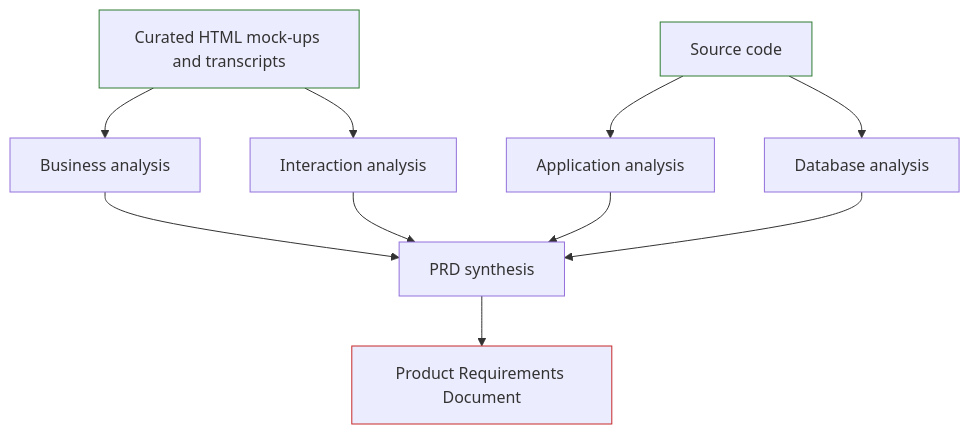
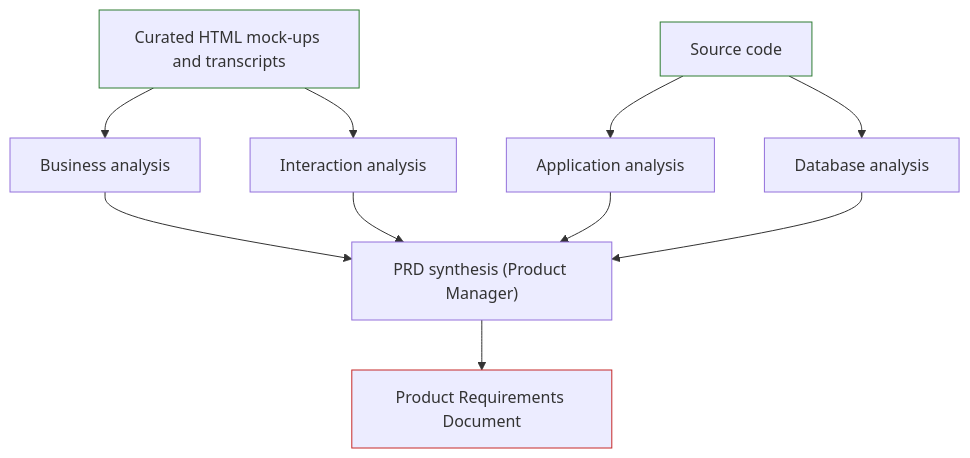
The second of 2 diagrams in src/pages/modernisation-playbook/reverse-engineering/process.md (DEFRA/lap-blueprint-dev), drawn with Mermaid before and after one commit. The commit also changed other lines of this file and 47 other files, not shown here.

````diff
--- a/src/pages/modernisation-playbook/reverse-engineering/process.md
+++ b/src/pages/modernisation-playbook/reverse-engineering/process.md
@@ -97,26 +99,26 @@
 ```mermaid
 flowchart TD
 	CuratedContent["Curated HTML mock-ups and transcripts"]
 	SourceCode["Source code"]
 	BusinessAnalysis["Business analysis"]
 	InteractionAnalysis["Interaction analysis"]
 	ApplicationAnalysis["Application analysis"]
 	DatabaseAnalysis["Database analysis"]
-	Synthesis["PRD synthesis"]
+	Synthesis["PRD synthesis (Product Manager)"]
 	PRD["Product Requirements Document"]
 
 	CuratedContent --> BusinessAnalysis
 	CuratedContent --> InteractionAnalysis
 	SourceCode --> ApplicationAnalysis
 	SourceCode --> DatabaseAnalysis
 	BusinessAnalysis --> Synthesis
 	InteractionAnalysis --> Synthesis
 	ApplicationAnalysis --> Synthesis
 	DatabaseAnalysis --> Synthesis
 	Synthesis --> PRD
 
 	classDef startPoint stroke:#2e7d32
 	classDef termination stroke:#c62828
 	class CuratedContent,SourceCode startPoint
 	class PRD termination
 ```
````
